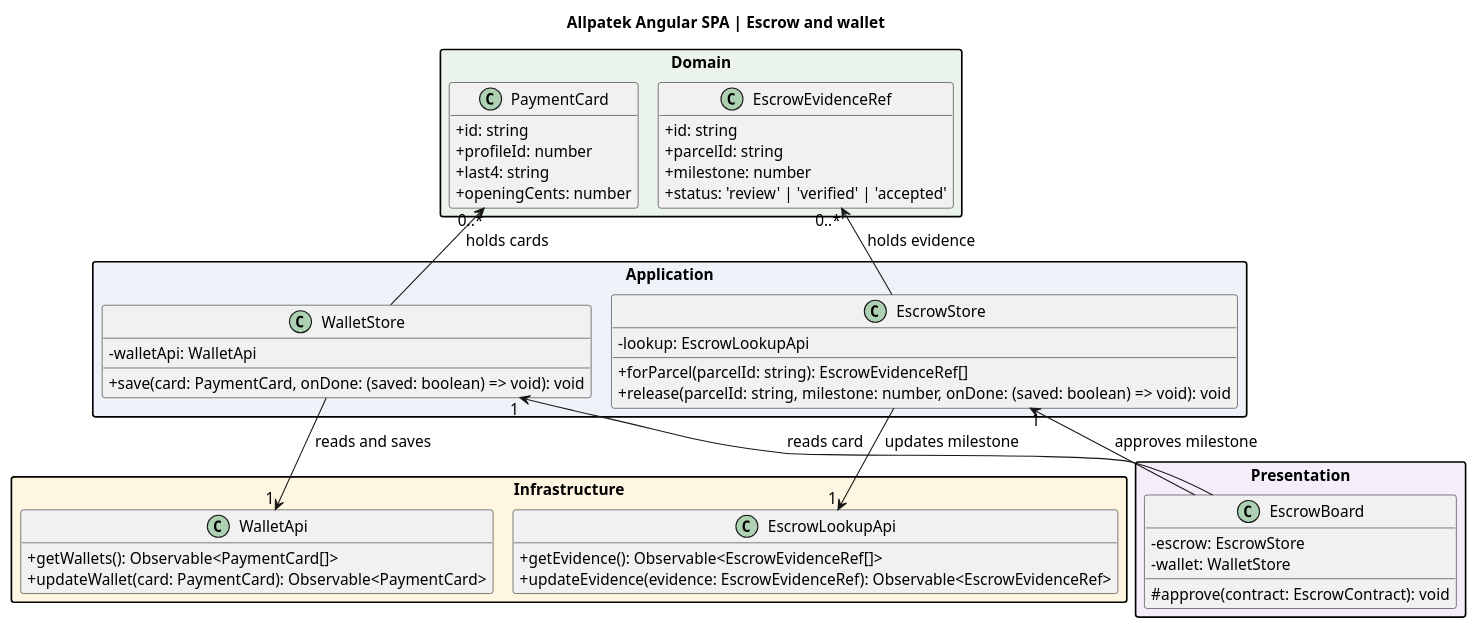
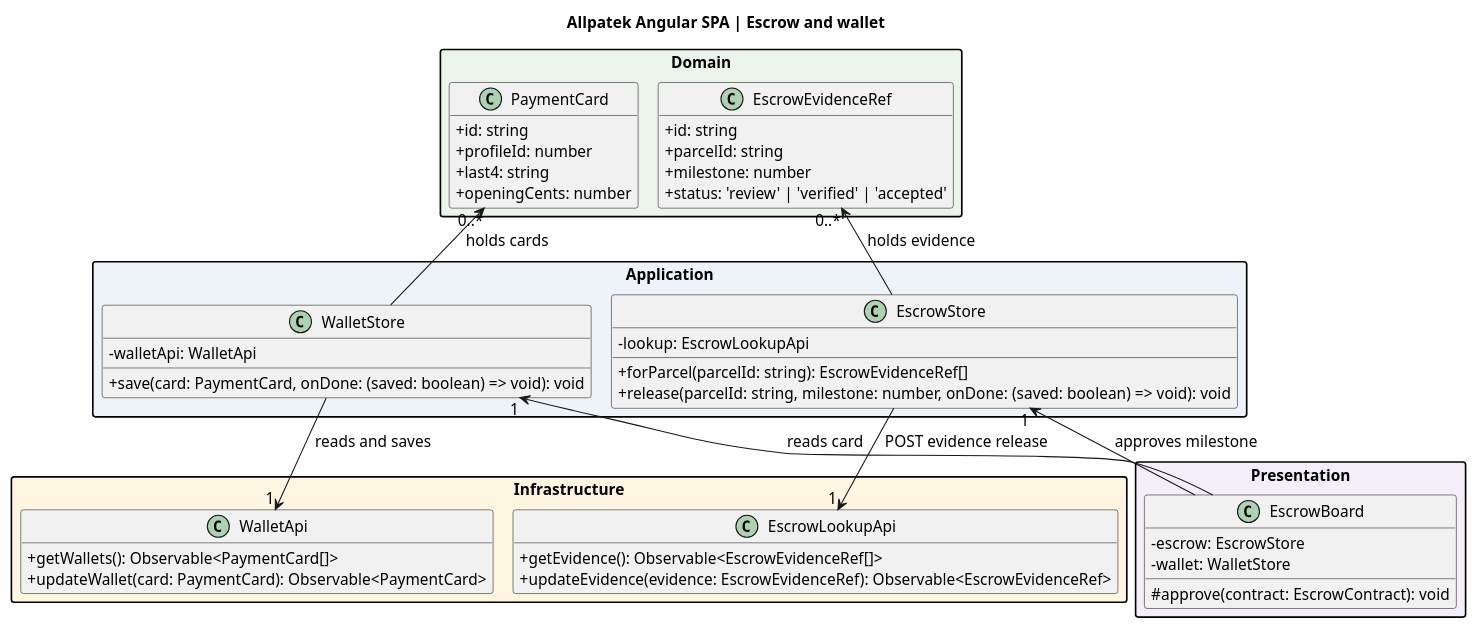
One commit to upc-pre-202620-1asi0729-7753-Terranova/allpatek-report changed the diagram in assets/chapter-04/architecture/web-classes-escrow.puml. Above: the diagram before and after it, drawn with PlantUML. The commit also changed 3 other files, not shown here.

Commit message:
docs(uml): show the release request from the Angular vault

```diff
--- a/assets/chapter-04/architecture/web-classes-escrow.puml
+++ b/assets/chapter-04/architecture/web-classes-escrow.puml
@@ -1,59 +1,59 @@
 @startuml
 !pragma layout smetana
 skinparam backgroundColor white
 skinparam defaultFontName SansSerif
 skinparam defaultFontSize 14
 skinparam shadowing false
 skinparam classAttributeIconSize 0
 skinparam packageStyle rectangle
 hide empty members
 title Allpatek Angular SPA | Escrow and wallet
 package "Domain" #EAF4EA {
 class PaymentCard {
   +id: string
   +profileId: number
   +last4: string
   +openingCents: number
 }
 class EscrowEvidenceRef {
   +id: string
   +parcelId: string
   +milestone: number
   +status: 'review' | 'verified' | 'accepted'
 }
 }
 package "Application" #EDF3F9 {
 class WalletStore {
   -walletApi: WalletApi
   +save(card: PaymentCard, onDone: (saved: boolean) => void): void
 }
 class EscrowStore {
   -lookup: EscrowLookupApi
   +forParcel(parcelId: string): EscrowEvidenceRef[]
   +release(parcelId: string, milestone: number, onDone: (saved: boolean) => void): void
 }
 }
 package "Infrastructure" #FFF6E2 {
 class WalletApi {
   +getWallets(): Observable<PaymentCard[]>
   +updateWallet(card: PaymentCard): Observable<PaymentCard>
 }
 class EscrowLookupApi {
   +getEvidence(): Observable<EscrowEvidenceRef[]>
   +updateEvidence(evidence: EscrowEvidenceRef): Observable<EscrowEvidenceRef>
 }
 }
 package "Presentation" #F4EEFB {
 class EscrowBoard {
   -escrow: EscrowStore
   -wallet: WalletStore
   #approve(contract: EscrowContract): void
 }
 }
 WalletStore -up-> "0..*" PaymentCard : holds cards
 EscrowStore -up-> "0..*" EscrowEvidenceRef : holds evidence
 WalletStore --> "1" WalletApi : reads and saves
-EscrowStore --> "1" EscrowLookupApi : updates milestone
+EscrowStore --> "1" EscrowLookupApi : POST evidence release
 EscrowBoard -up-> "1" WalletStore : reads card
 EscrowBoard -up-> "1" EscrowStore : approves milestone
 @enduml
```
